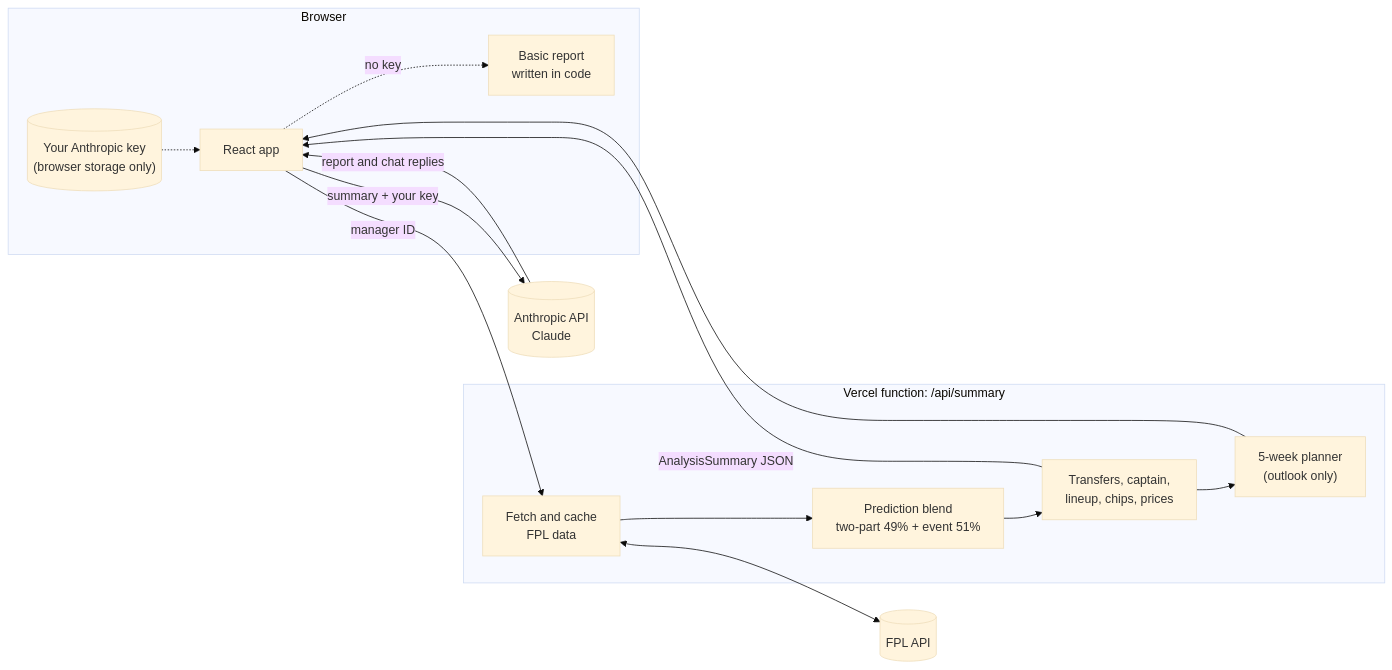
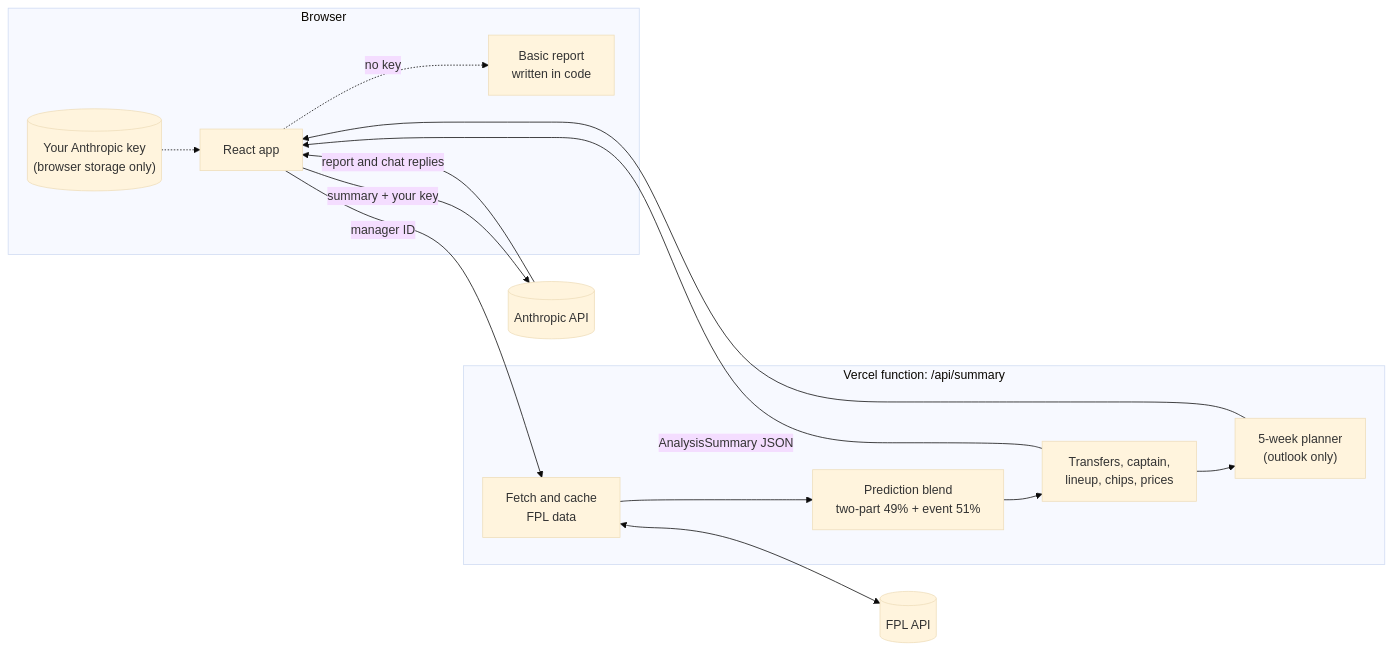
The diagram in README.md (chukwuemekaorji/onze), drawn with Mermaid (base theme) before and after one commit. The commit also changed other lines of this file and 1 other file, not shown here.

````diff
--- a/README.md
+++ b/README.md
@@ -79,26 +79,26 @@
 ```mermaid
 flowchart LR
   subgraph browser["Browser"]
     ui["React app"]
     key[("Your Anthropic key<br/>(browser storage only)")]
     basic["Basic report<br/>written in code"]
   end
   subgraph server["Vercel function: /api/summary"]
     fetch["Fetch and cache<br/>FPL data"]
     blend["Prediction blend<br/>two-part 49% + event 51%"]
     decide["Transfers, captain,<br/>lineup, chips, prices"]
     plan["5-week planner<br/>(outlook only)"]
   end
   fpl[("FPL API")]
-  claude[("Anthropic API<br/>Claude")]
+  ai[("Anthropic API")]
 
   ui -- "manager ID" --> fetch
   fetch <--> fpl
   fetch --> blend --> decide --> plan
   decide -- "AnalysisSummary JSON" --> ui
   plan --> ui
-  ui -- "summary + your key" --> claude
+  ui -- "summary + your key" --> ai
   key -.-> ui
-  claude -- "report and chat replies" --> ui
+  ai -- "report and chat replies" --> ui
   ui -. "no key" .-> basic
 ```
````
